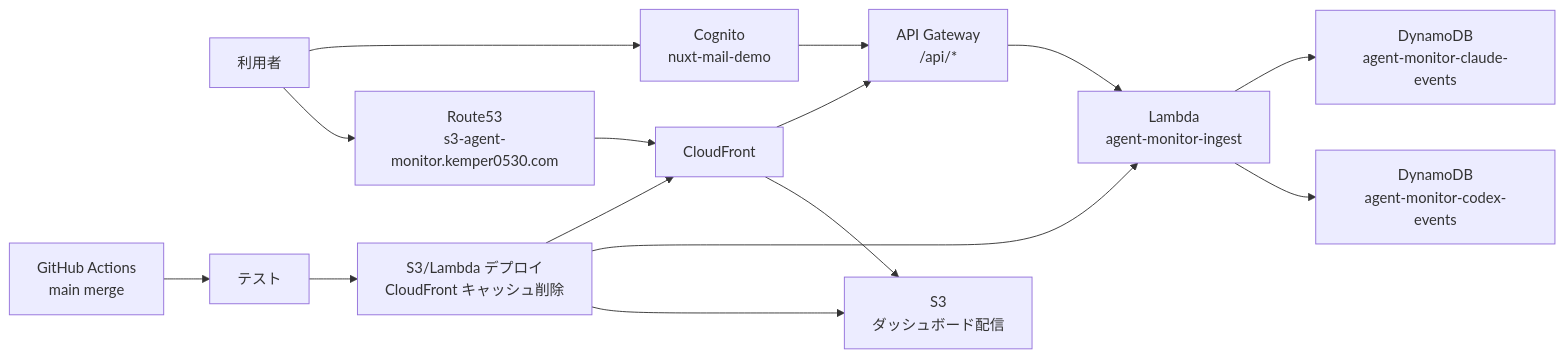
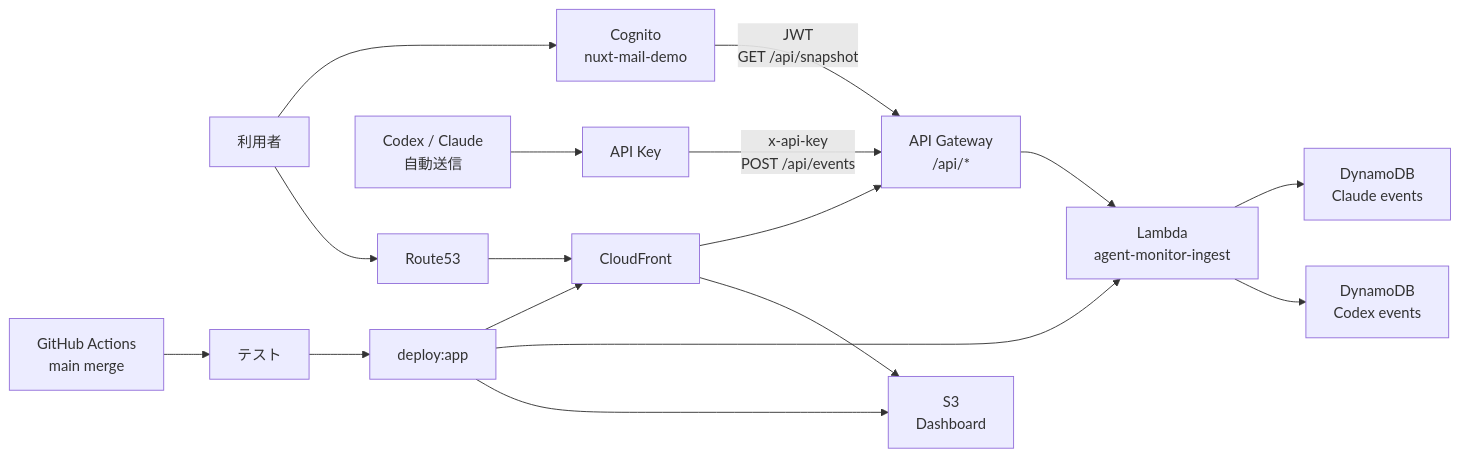
The diagram in README.md (KEMPER0530/agent-monitor), drawn with Mermaid before and after one commit. The commit also changed other lines of this file, not shown here.

Commit message:
Clarify architecture diagram in README

````diff
--- a/README.md
+++ b/README.md
@@ -19,17 +19,23 @@
 ```mermaid
 flowchart LR
-    user["利用者"] --> route53["Route53<br/>s3-agent-monitor.kemper0530.com"]
+    user["利用者"] --> route53["Route53"]
     route53 --> cloudfront["CloudFront"]
-    cloudfront --> s3["S3<br/>ダッシュボード配信"]
+    cloudfront --> s3["S3<br/>Dashboard"]
     cloudfront --> apigw["API Gateway<br/>/api/*"]
+
     user --> cognito["Cognito<br/>nuxt-mail-demo"]
-    cognito --> apigw
+    cognito -- "JWT<br/>GET /api/snapshot" --> apigw
+
+    codexAgent["Codex / Claude<br/>自動送信"] --> apiKey["API Key"]
+    apiKey -- "x-api-key<br/>POST /api/events" --> apigw
+
     apigw --> lambda["Lambda<br/>agent-monitor-ingest"]
-    lambda --> codex["DynamoDB<br/>agent-monitor-codex-events"]
-    lambda --> claude["DynamoDB<br/>agent-monitor-claude-events"]
+    lambda --> codexTable["DynamoDB<br/>Codex events"]
+    lambda --> claudeTable["DynamoDB<br/>Claude events"]
+
     deploy["GitHub Actions<br/>main merge"] --> tests["テスト"]
-    tests --> deployapp["S3/Lambda デプロイ<br/>CloudFront キャッシュ削除"]
+    tests --> deployapp["deploy:app"]
     deployapp --> s3
     deployapp --> lambda
     deployapp --> cloudfront
 ```
````
